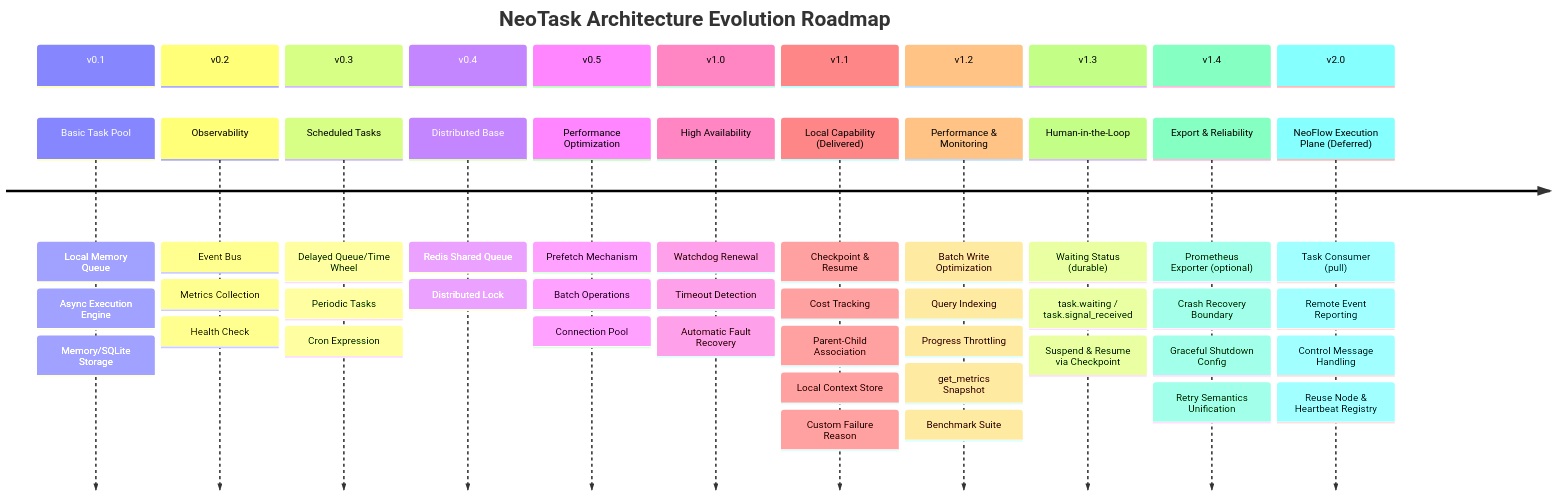
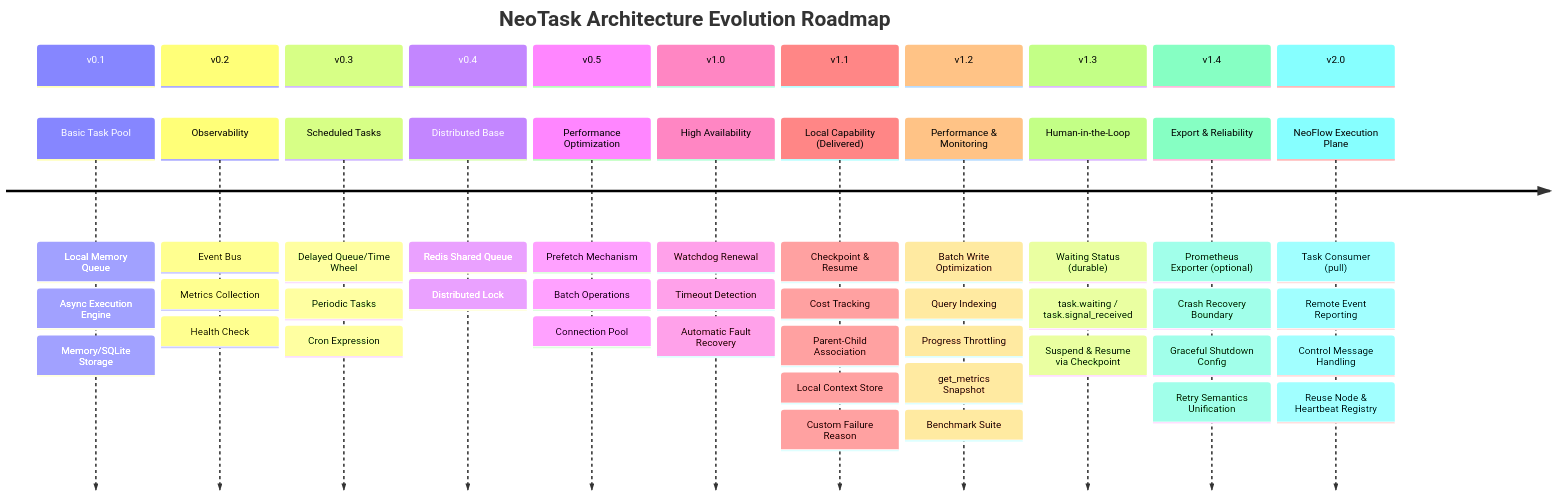
Before and after one commit to neopen/neotask: the second of 2 diagrams in README.md, drawn with Mermaid. The commit also changed other lines of this file and 2 other files, not shown here.

First line of the commit message:
docs(readme): 修复 Mermaid 标签解析错误并同步架构规划

````diff
--- a/README.md
+++ b/README.md
@@ -165,64 +165,64 @@
 ```mermaid
 timeline
     title NeoTask Architecture Evolution Roadmap
 
     section v0.1
         Basic Task Pool : Local Memory Queue
                         : Async Execution Engine
                         : Memory/SQLite Storage
 
     section v0.2
         Observability : Event Bus
                       : Metrics Collection
                       : Health Check
 
     section v0.3
         Scheduled Tasks : Delayed Queue/Time Wheel
                         : Periodic Tasks
                         : Cron Expression
 
     section v0.4
         Distributed Base : Redis Shared Queue
                          : Distributed Lock
 
     section v0.5
         Performance Optimization : Prefetch Mechanism
                                 : Batch Operations
                                 : Connection Pool
 
     section v1.0
         High Availability : Watchdog Renewal
                           : Timeout Detection
                           : Automatic Fault Recovery
 
     section v1.1
         Local Capability (Delivered) : Checkpoint & Resume
                                      : Cost Tracking
                                      : Parent-Child Association
                                      : Local Context Store
                                      : Custom Failure Reason
 
     section v1.2
         Performance & Monitoring : Batch Write Optimization
                                 : Query Indexing
                                 : Progress Throttling
                                 : get_metrics Snapshot
                                 : Benchmark Suite
 
     section v1.3
         Human-in-the-Loop : Waiting Status (durable)
                           : task.waiting / task.signal_received
                           : Suspend & Resume via Checkpoint
 
     section v1.4
         Export & Reliability : Prometheus Exporter (optional)
                             : Crash Recovery Boundary
                             : Graceful Shutdown Config
                             : Retry Semantics Unification
 
     section v2.0
-        NeoFlow Execution Plane (Deferred) : Task Consumer (pull)
+        NeoFlow Execution Plane: Task Consumer (pull)
                                           : Remote Event Reporting
                                           : Control Message Handling
                                           : Reuse Node & Heartbeat Registry
 ```
````
